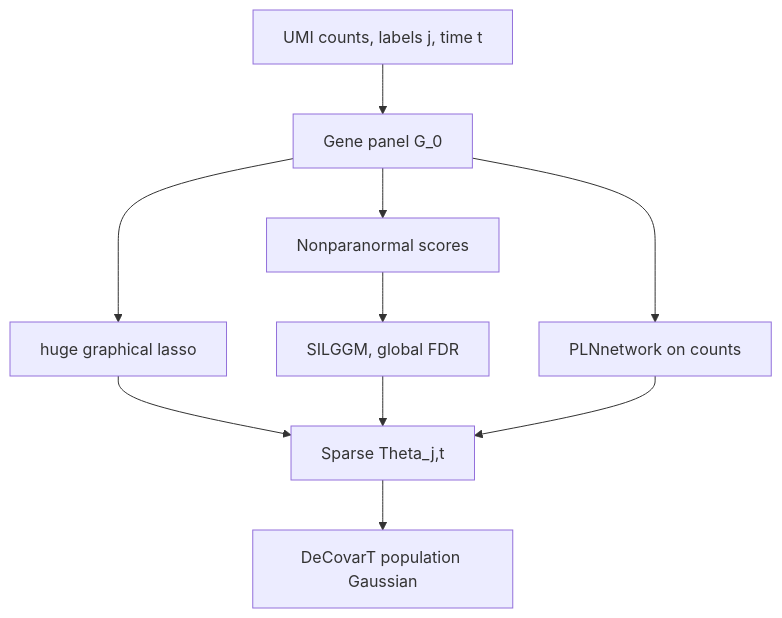
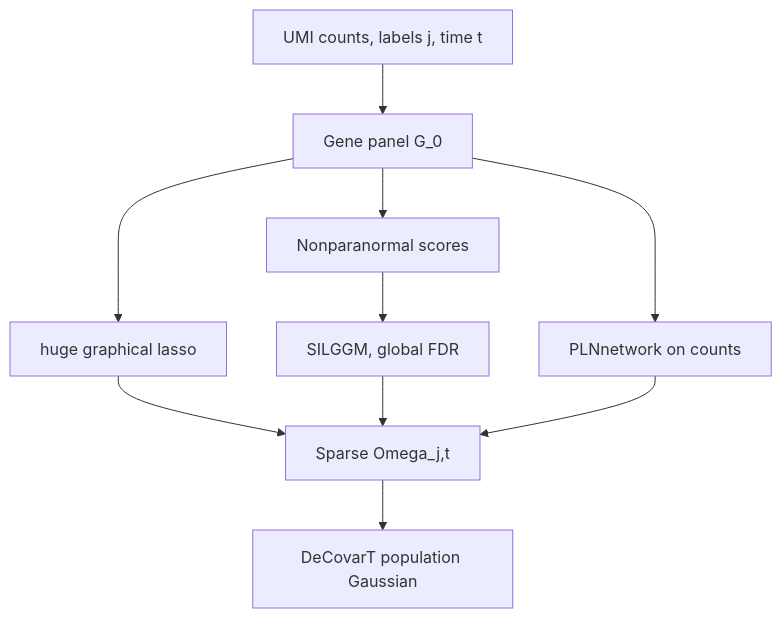
The first of 5 diagrams in docs/02-grn-graphical-lasso.qmd (bastienchassagnol/DeCovarT_reproducibility), drawn with Mermaid before and after one commit. The commit also changed other lines of this file and 17 other files, not shown here.

Commit message:
Update bibliography and Quarto configuration: add new references relevant to graphical models and RNA-seq analysis, enhance Quarto book settings with improved navigation and pseudocode support, and clarify terminology throughout the documentation.

````diff
--- a/docs/02-grn-graphical-lasso.qmd
+++ b/docs/02-grn-graphical-lasso.qmd
@@ -59,16 +75,16 @@
 ```{mermaid}
 %%| echo: false
 %%| label: fig-grn-core
 %%| fig-cap: "Three core precision estimators. huge and SILGGM see a Gaussian table; only SILGGM is preceded by a nonparanormal map. PLNnetwork sees raw counts. GmGM and fused or low-rank models are perspectives."
 %%{init: {"theme": "sandstone"}}%%
 flowchart TD
   A["UMI counts, labels j, time t"] --> B["Gene panel G_0"]
   B --> H["huge graphical lasso"]
   B --> N["Nonparanormal scores"]
   N --> S["SILGGM, global FDR"]
   B --> P["PLNnetwork on counts"]
-  H --> F["Sparse Theta_j,t"]
+  H --> F["Sparse Omega_j,t"]
   S --> F
   P --> F
   F --> D["DeCovarT population Gaussian"]
 ```
````
